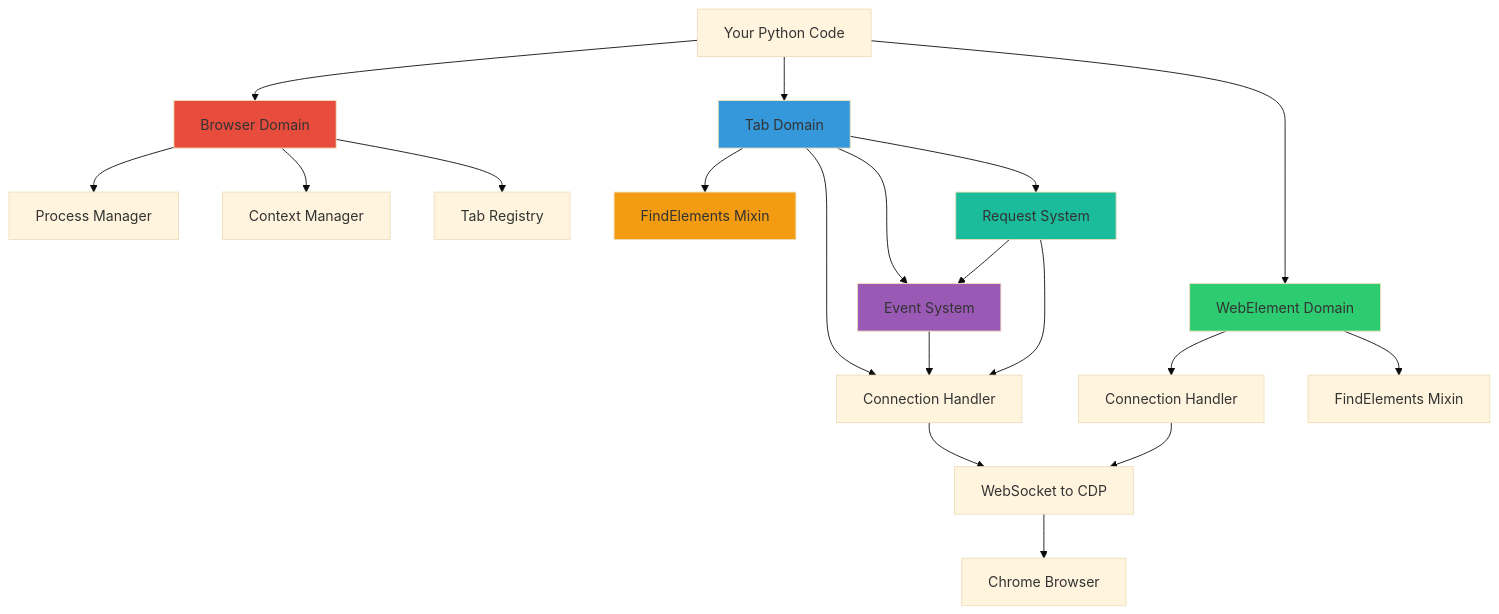
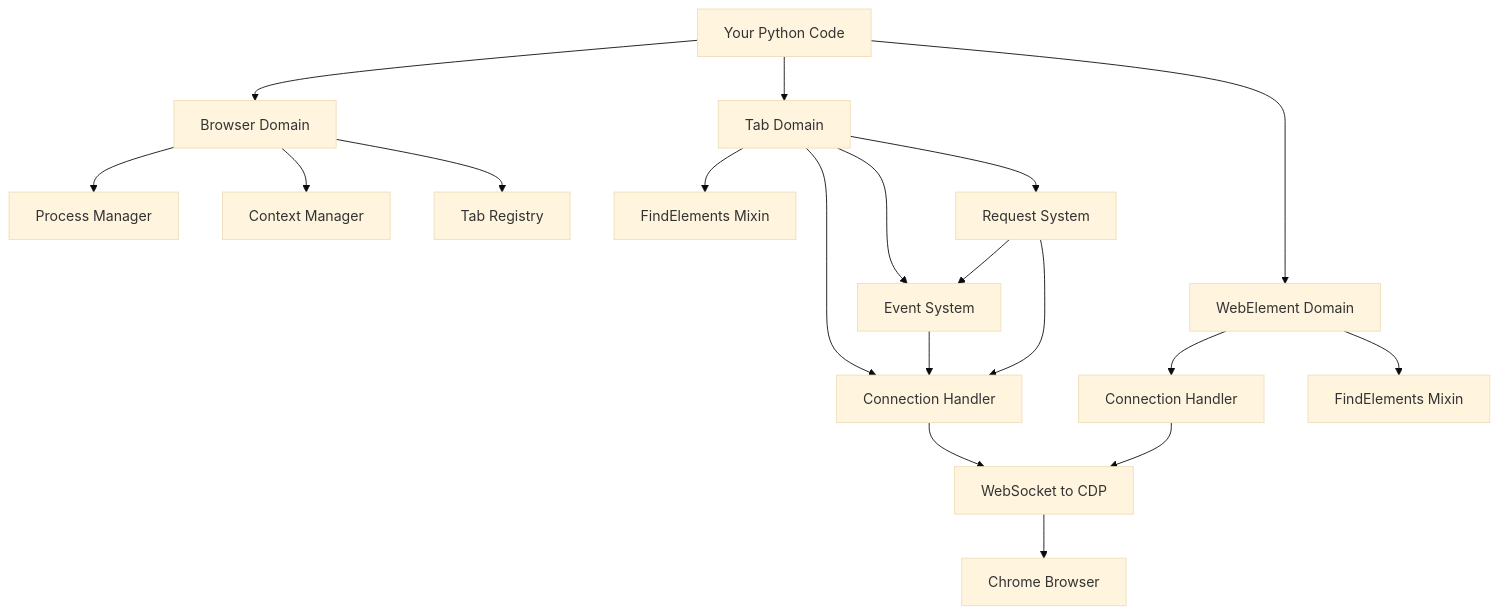
The diagram in docs/en/deep-dive/architecture/index.md (yie1d/pydoll), drawn with Mermaid (base theme) before and after one commit. The commit also changed other lines of this file and 159 other files, not shown here.

````diff
--- a/docs/en/deep-dive/architecture/index.md
+++ b/docs/en/deep-dive/architecture/index.md
@@ -233,35 +233,28 @@
 ```mermaid
 graph TB
     User[Your Python Code]
     
     User --> Browser[Browser Domain]
     User --> Tab[Tab Domain]
     User --> Element[WebElement Domain]
     
     Browser --> ProcessMgr[Process Manager]
     Browser --> ContextMgr[Context Manager]
     Browser --> TabRegistry[Tab Registry]
     
     Tab --> ConnHandler[Connection Handler]
     Tab --> FindMixin[FindElements Mixin]
     Tab --> EventSystem[Event System]
     Tab --> RequestSystem[Request System]
     
     Element --> ConnHandler2[Connection Handler]
     Element --> FindMixin2[FindElements Mixin]
     
     ConnHandler --> WebSocket[WebSocket to CDP]
     ConnHandler2 --> WebSocket
     EventSystem --> ConnHandler
     RequestSystem --> ConnHandler
     RequestSystem --> EventSystem
     
     WebSocket --> Chrome[Chrome Browser]
-    
-    style Browser fill:#e74c3c
-    style Tab fill:#3498db
-    style Element fill:#2ecc71
-    style FindMixin fill:#f39c12
-    style EventSystem fill:#9b59b6
-    style RequestSystem fill:#1abc9c
 ```
````
